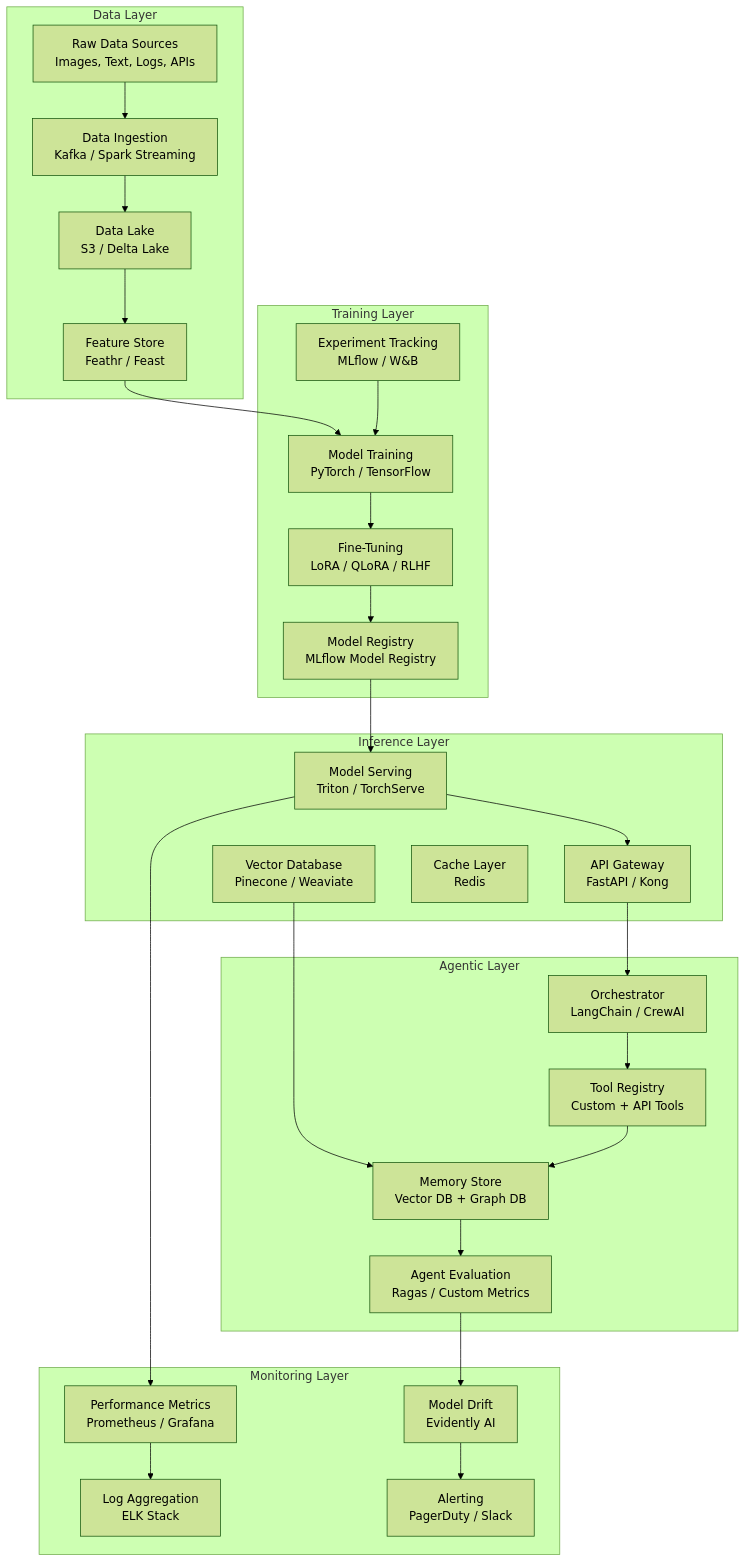
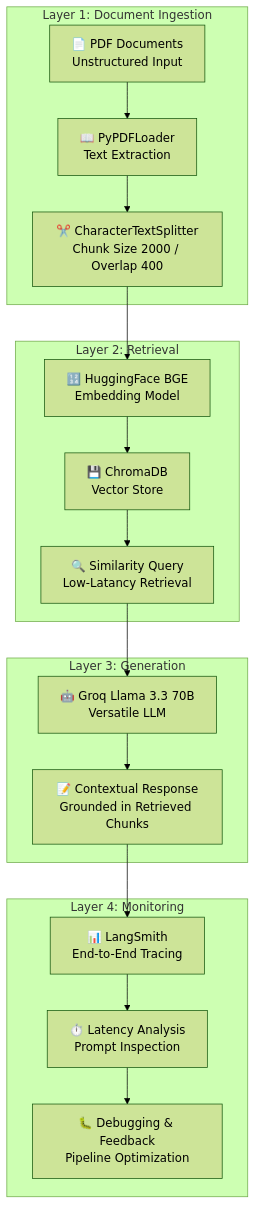
One commit to VamshiKrishnaMacha/VamshiKrishnaMacha changed the second of 2 diagrams in README.md. Above: the diagram before and after it, drawn with Mermaid (forest theme). The commit also changed other lines of this file and 1 other file, not shown here.

````diff
--- a/README.md
+++ b/README.md
@@ -252,50 +437,25 @@
 ```mermaid
 graph TB
-    subgraph "Data Layer"
-        A1[Raw Data Sources<br/>Images, Text, Logs, APIs]
-        A2[Data Ingestion<br/>Kafka / Spark Streaming]
-        A3[Data Lake<br/>S3 / Delta Lake]
-        A4[Feature Store<br/>Feathr / Feast]
+    subgraph "Layer 1: Document Ingestion"
+        A1["📄 PDF Documents<br/>Unstructured Input"] --> A2["📖 PyPDFLoader<br/>Text Extraction"]
+        A2 --> A3["✂️ CharacterTextSplitter<br/>Chunk Size 2000 / Overlap 400"]
     end
 
-    subgraph "Training Layer"
-        B1[Experiment Tracking<br/>MLflow / W&B]
-        B2[Model Training<br/>PyTorch / TensorFlow]
-        B3[Fine-Tuning<br/>LoRA / QLoRA / RLHF]
-        B4[Model Registry<br/>MLflow Model Registry]
+    subgraph "Layer 2: Retrieval"
+        B1["🔢 HuggingFace BGE<br/>Embedding Model"] --> B2["💾 ChromaDB<br/>Vector Store"]
+        A3 --> B1
+        B2 --> B3["🔍 Similarity Query<br/>Low-Latancy Retrieval"]
     end
 
-    subgraph "Inference Layer"
-        C1[Model Serving<br/>Triton / TorchServe]
-        C2[Vector Database<br/>Pinecone / Weaviate]
-        C3[API Gateway<br/>FastAPI / Kong]
-        C4[Cache Layer<br/>Redis]
+    subgraph "Layer 3: Generation"
+        C1["🤖 Groq Llama 3.3 70B<br/>Versatile LLM"] --> C2["📝 Contextual Response<br/>Grounded in Retrieved Chunks"]
+        B3 --> C1
     end
 
-    subgraph "Agentic Layer"
-        D1[Orchestrator<br/>LangChain / CrewAI]
-        D2[Tool Registry<br/>Custom + API Tools]
-        D3[Memory Store<br/>Vector DB + Graph DB]
-        D4[Agent Evaluation<br/>Ragas / Custom Metrics]
+    subgraph "Layer 4: Monitoring"
+        D1["📊 LangSmith<br/>End-to-End Tracing"] --> D2["⏱️ Latency Analysis<br/>Prompt Inspection"]
+        D2 --> D3["🐛 Debugging & Feedback<br/>Pipeline Optimization"]
     end
 
-    subgraph "Monitoring Layer"
-        E1[Model Drift<br/>Evidently AI]
-        E2[Performance Metrics<br/>Prometheus / Grafana]
-        E3[Log Aggregation<br/>ELK Stack]
-        E4[Alerting<br/>PagerDuty / Slack]
-    end
-
-    A1 --> A2 --> A3 --> A4
-    A4 --> B2
-    B1 --> B2 --> B3 --> B4
-    B4 --> C1
-    C1 --> C3
-    C2 --> D3
-    D1 --> D2 --> D3 --> D4
-    C3 --> D1
-    C1 --> E2
-    D4 --> E1
-    E1 --> E4
-    E2 --> E3
+    C2 --> D1
 ```
````
